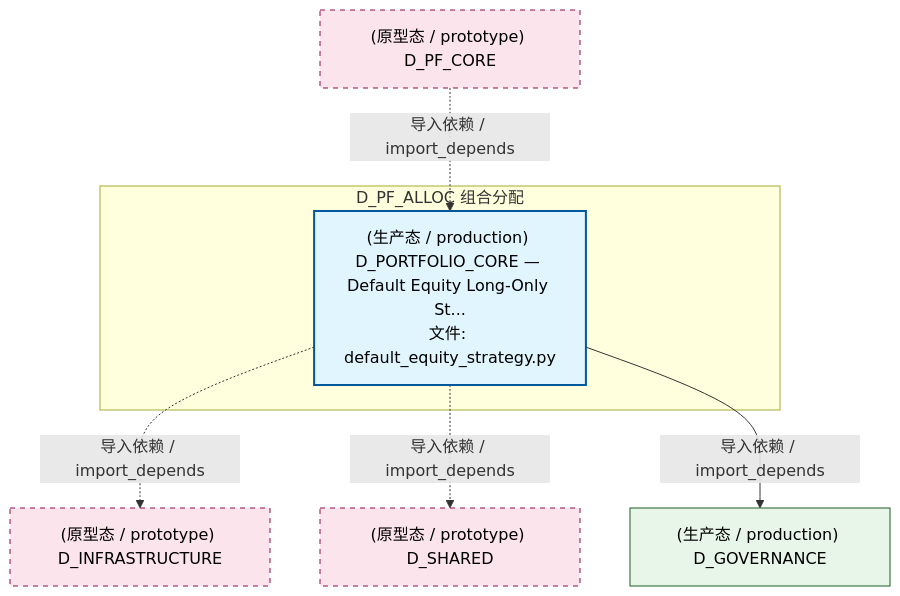
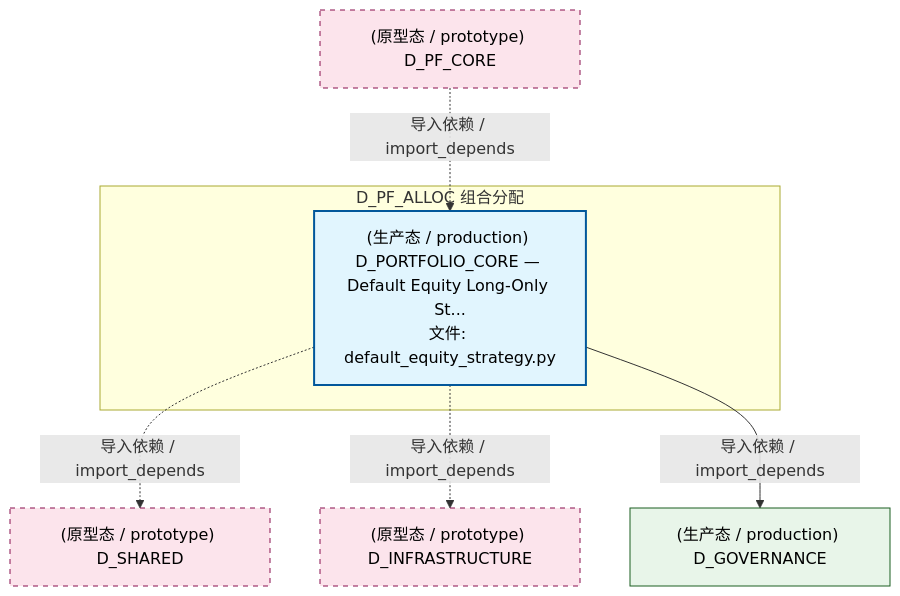
The second of 5 diagrams in docs/02_enterprise_architecture/02_domain_architecture_docs/51_d_pf_alloc.md (xuanFelixVan/ZephyrAlpha), drawn with Mermaid before and after one commit. The commit also changed 105 other files, not shown here.

````diff
--- a/docs/02_enterprise_architecture/02_domain_architecture_docs/51_d_pf_alloc.md
+++ b/docs/02_enterprise_architecture/02_domain_architecture_docs/51_d_pf_alloc.md
@@ -100,21 +100,21 @@
 ```mermaid
 graph TD
     subgraph D_PF_ALLOC["D_PF_ALLOC 组合分配"]
         src_zephyr_pf_core_default_equity_strategy_py["(生产态 / production) D_PORTFOLIO_CORE — Default Equity Long-Only St...<br/>文件: default_equity_strategy.py"]
     end
+    D_SHARED["(原型态 / prototype) D_SHARED"]
+    src_zephyr_pf_core_default_equity_strategy_py -.->|导入依赖 / import_depends| D_SHARED
     D_INFRASTRUCTURE["(原型态 / prototype) D_INFRASTRUCTURE"]
     src_zephyr_pf_core_default_equity_strategy_py -.->|导入依赖 / import_depends| D_INFRASTRUCTURE
-    D_SHARED["(原型态 / prototype) D_SHARED"]
-    src_zephyr_pf_core_default_equity_strategy_py -.->|导入依赖 / import_depends| D_SHARED
     D_GOVERNANCE["(生产态 / production) D_GOVERNANCE"]
     src_zephyr_pf_core_default_equity_strategy_py -->|导入依赖 / import_depends| D_GOVERNANCE
     D_PF_CORE["(原型态 / prototype) D_PF_CORE"]
     D_PF_CORE -.->|导入依赖 / import_depends| src_zephyr_pf_core_default_equity_strategy_py
     classDef production fill:#e1f5fe,stroke:#01579b,stroke-width:2px,color:#000
     classDef design fill:#fff3e0,stroke:#e65100,stroke-width:2px,color:#000,stroke-dasharray: 5 5
     classDef external_prod fill:#e8f5e9,stroke:#1b5e20,stroke-width:1px,color:#000
     classDef external_design fill:#fce4ec,stroke:#880e4f,stroke-width:1px,color:#000,stroke-dasharray: 5 5
     class src_zephyr_pf_core_default_equity_strategy_py production
     class D_GOVERNANCE external_prod
-    class D_INFRASTRUCTURE,D_SHARED,D_PF_CORE external_design
+    class D_SHARED,D_INFRASTRUCTURE,D_PF_CORE external_design
 ```
````
